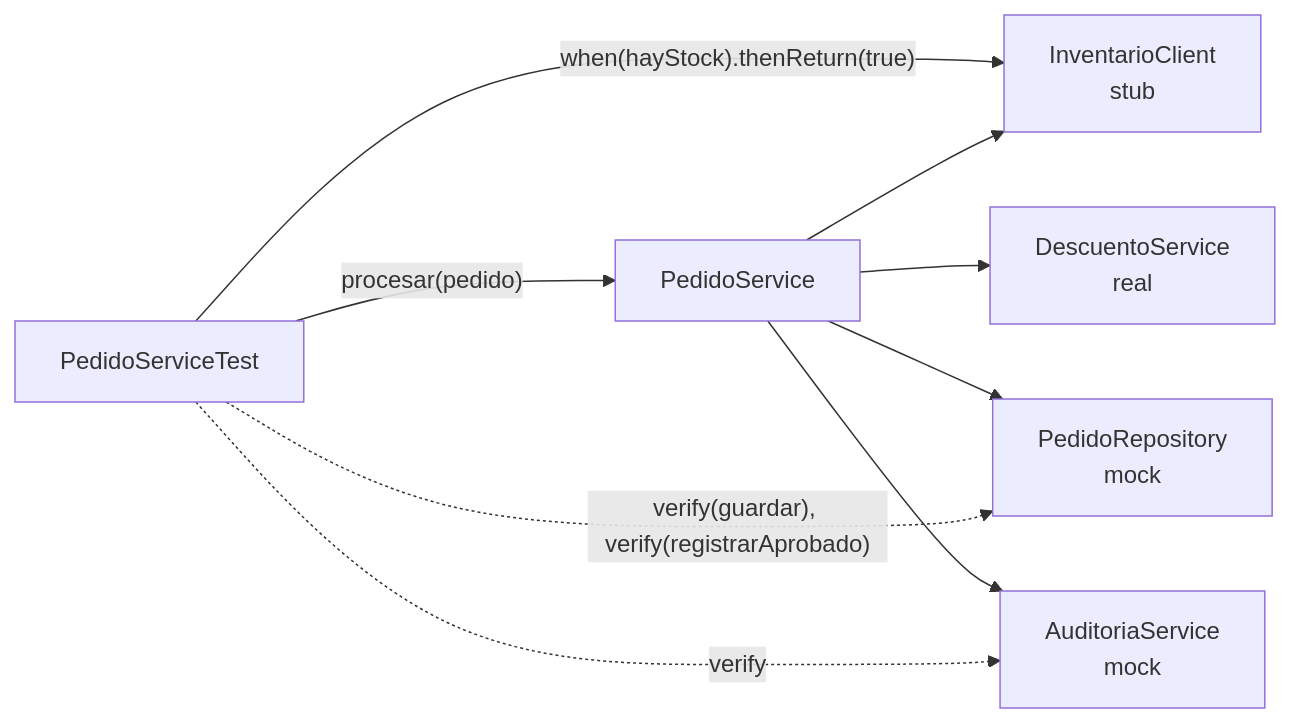
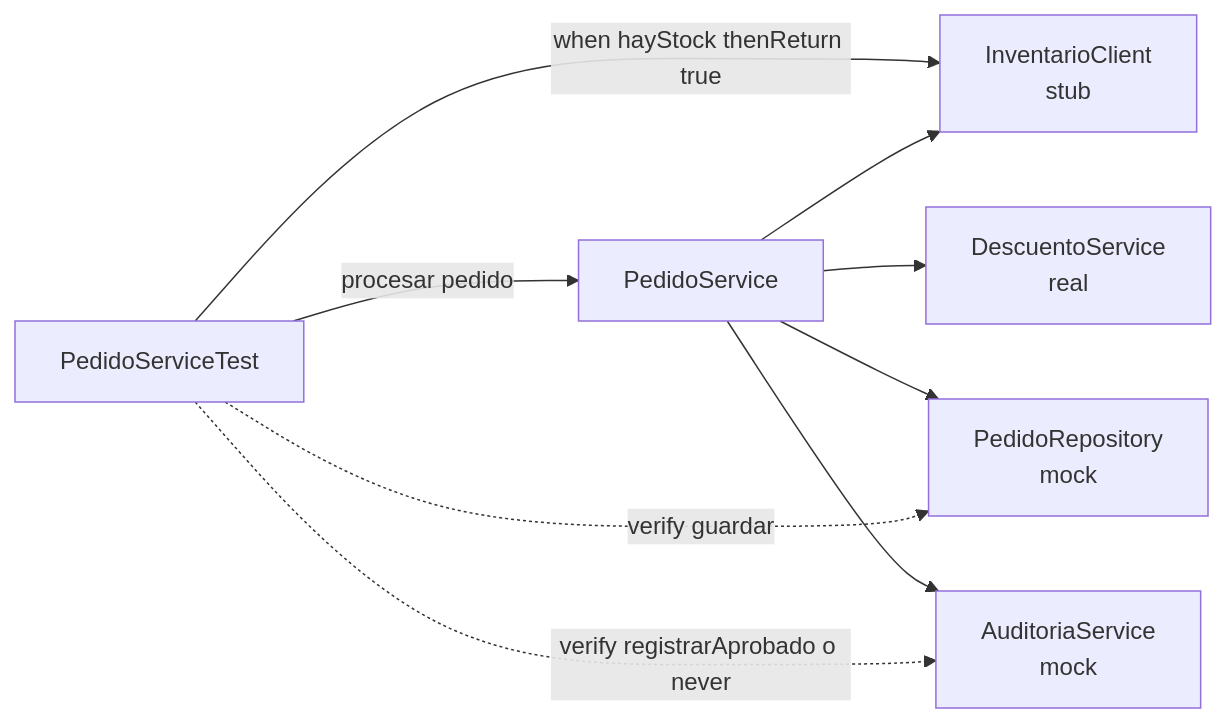
Before and after one commit to NICORUIZ93/The_Imperial_Book: the second of 4 diagrams in web/public/content/java/modulo-9.md, drawn with Mermaid. The commit also changed other lines of this file and 65 other files, not shown here.

````diff
--- a/web/public/content/java/modulo-9.md
+++ b/web/public/content/java/modulo-9.md
@@ -602,11 +706,11 @@
 ```mermaid
 flowchart LR
-  T["PedidoServiceTest"] -- "when(hayStock).thenReturn(true)" --> I["InventarioClient<br/>stub"]
-  T -- "procesar(pedido)" --> S["PedidoService"]
+  T["PedidoServiceTest"] -- "when hayStock thenReturn true" --> I["InventarioClient<br/>stub"]
+  T -- "procesar pedido" --> S["PedidoService"]
   S --> I
   S --> D["DescuentoService<br/>real"]
   S --> R["PedidoRepository<br/>mock"]
   S --> A["AuditoriaService<br/>mock"]
-  T -. "verify(guardar), verify(registrarAprobado)" .-> R
-  T -. "verify" .-> A
+  T -. "verify guardar" .-> R
+  T -. "verify registrarAprobado o never" .-> A
 ```
````
